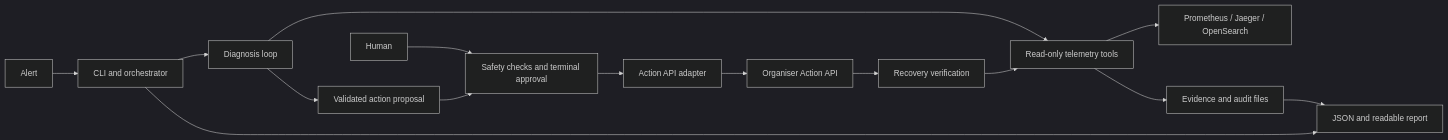
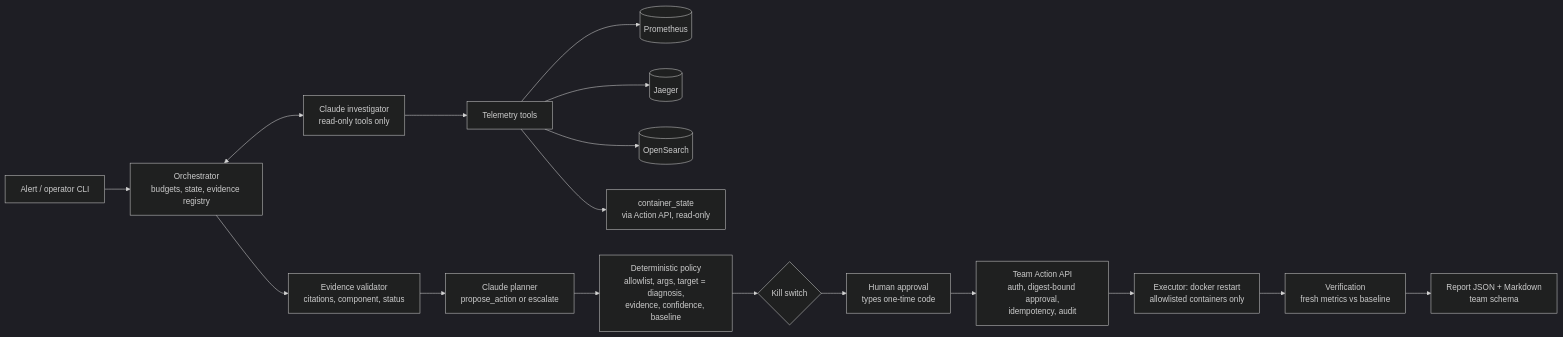
The diagram in docs/ARCHITECTURE.md (harsha135135/opentelemetry-demo-Team_6), drawn with Mermaid (dark theme) before and after one commit. The commit also changed other lines of this file and 161 other files, not shown here.

First line of the commit message:
incident-agent: system-state endpoint, team report schema, Grafana dashboards, submission deliverables

````diff
--- a/docs/ARCHITECTURE.md
+++ b/docs/ARCHITECTURE.md
@@ -13,17 +7,17 @@
 ```mermaid
 flowchart LR
-    A[Alert] --> O[CLI and orchestrator]
-    O --> D[Diagnosis loop]
-    D --> T[Read-only telemetry tools]
-    T --> B[Prometheus / Jaeger / OpenSearch]
-    T --> E[Evidence and audit files]
-    D --> P[Validated action proposal]
-    P --> S[Safety checks and terminal approval]
-    H[Human] --> S
-    S --> X[Action API adapter]
-    X --> API[Organiser Action API]
-    API --> V[Recovery verification]
-    V --> T
-    O --> R[JSON and readable report]
-    E --> R
+    A[Alert / operator CLI] --> O[Orchestrator<br/>budgets, state, evidence registry]
+    O <--> L[Claude investigator<br/>read-only tools only]
+    L --> T[Telemetry tools]
+    T --> P[(Prometheus)] & J[(Jaeger)] & S[(OpenSearch)]
+    T --> CS[container_state<br/>via Action API, read-only]
+    O --> V1[Evidence validator<br/>citations, component, status]
+    V1 --> PL[Claude planner<br/>propose_action or escalate]
+    PL --> POL[Deterministic policy<br/>allowlist, args, target = diagnosis,<br/>evidence, confidence, baseline]
+    POL --> KS{Kill switch}
+    KS --> AP[Human approval<br/>types one-time code]
+    AP --> API[Team Action API<br/>auth, digest-bound approval,<br/>idempotency, audit]
+    API --> EX[Executor: docker restart<br/>allowlisted containers only]
+    EX --> VR[Verification<br/>fresh metrics vs baseline]
+    VR --> R[Report JSON + Markdown<br/>team schema]
 ```
````
